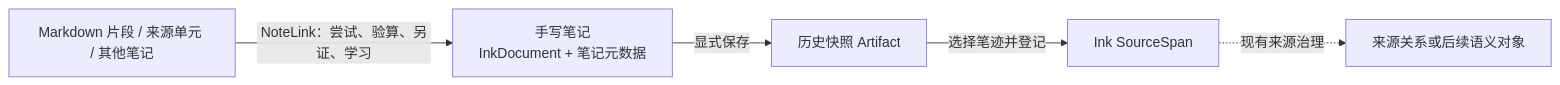
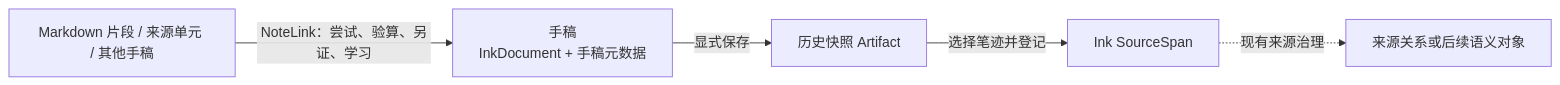
The diagram in proposals/ink-notebook-integration-v1.md (xiaoniaoyouhuajiang/Mathscape), drawn with Mermaid before and after one commit. The commit also changed other lines of this file and 2 other files, not shown here.

Commit message:
docs(ink): N2 decisions — 手稿 terminology, block-level NoteLink, v18 storage, discard flow

````diff
--- a/proposals/ink-notebook-integration-v1.md
+++ b/proposals/ink-notebook-integration-v1.md
@@ -60,7 +60,7 @@
 ```mermaid
 flowchart LR
-  M["Markdown 片段 / 来源单元 / 其他笔记"] -->|"NoteLink：尝试、验算、另证、学习"| N["手写笔记\nInkDocument + 笔记元数据"]
+  M["Markdown 片段 / 来源单元 / 其他手稿"] -->|"NoteLink：尝试、验算、另证、学习"| N["手稿\nInkDocument + 手稿元数据"]
   N -->|"显式保存"| S["历史快照 Artifact"]
   S -->|"选择笔迹并登记"| E["Ink SourceSpan"]
   E -.->|"现有来源治理"| R["来源关系或后续语义对象"]
 ```
````
